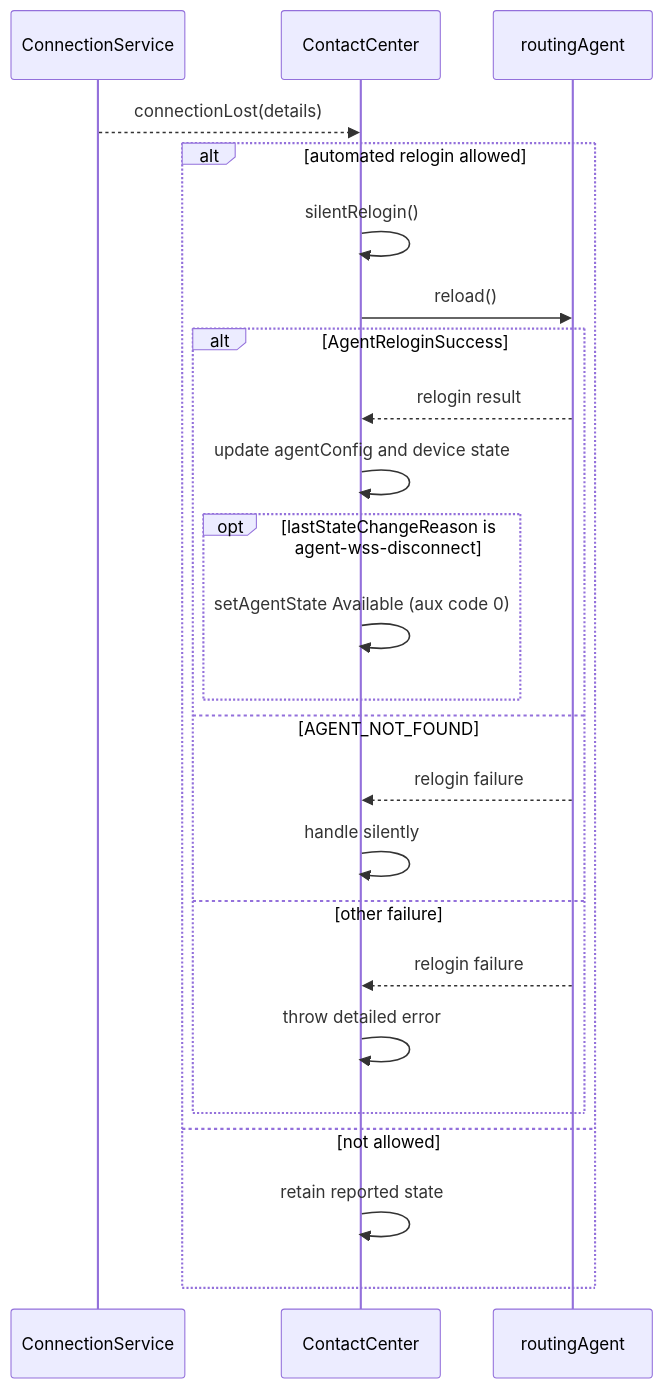
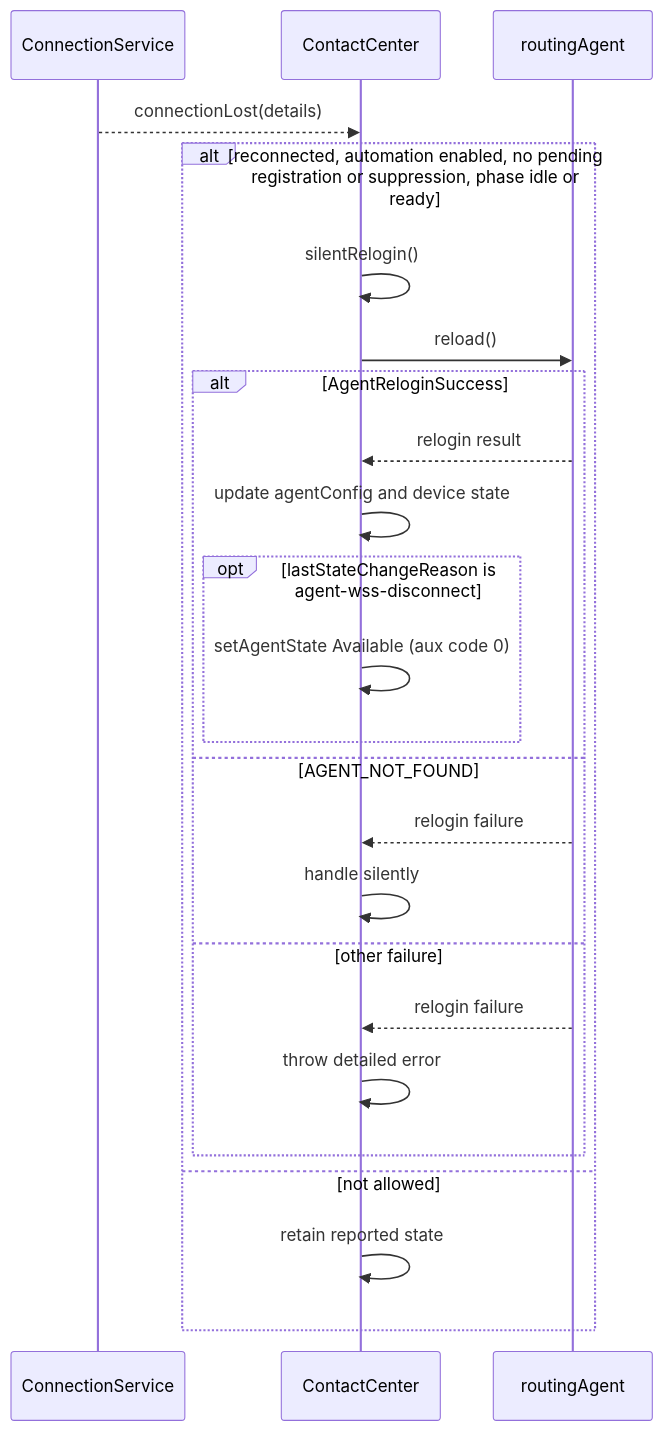
The fifth of 7 diagrams in packages/@webex/contact-center/src/services/agent/docs/README.md (webex/webex-js-sdk), drawn with Mermaid before and after one commit. The commit also changed other lines of this file and 73 other files, not shown here.

````diff
--- a/packages/@webex/contact-center/src/services/agent/docs/README.md
+++ b/packages/@webex/contact-center/src/services/agent/docs/README.md
@@ -468,26 +469,26 @@
 ```mermaid
 sequenceDiagram
   participant CS as ConnectionService
   participant CC as ContactCenter
   participant Agent as routingAgent
   CS-->>CC: connectionLost(details)
-  alt automated relogin allowed
+  alt reconnected, automation enabled, no pending registration or suppression, phase idle or ready
     CC->>CC: silentRelogin()
     CC->>Agent: reload()
     alt AgentReloginSuccess
       Agent-->>CC: relogin result
       CC->>CC: update agentConfig and device state
       opt lastStateChangeReason is agent-wss-disconnect
         CC->>CC: setAgentState Available (aux code 0)
       end
     else AGENT_NOT_FOUND
       Agent-->>CC: relogin failure
       CC->>CC: handle silently
     else other failure
       Agent-->>CC: relogin failure
       CC->>CC: throw detailed error
     end
   else not allowed
     CC->>CC: retain reported state
   end
 ```
````
